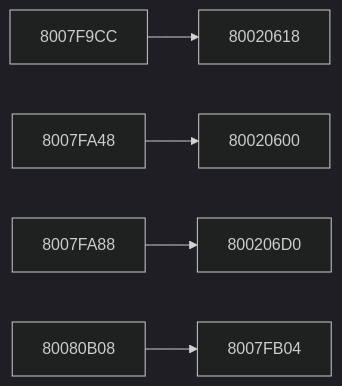
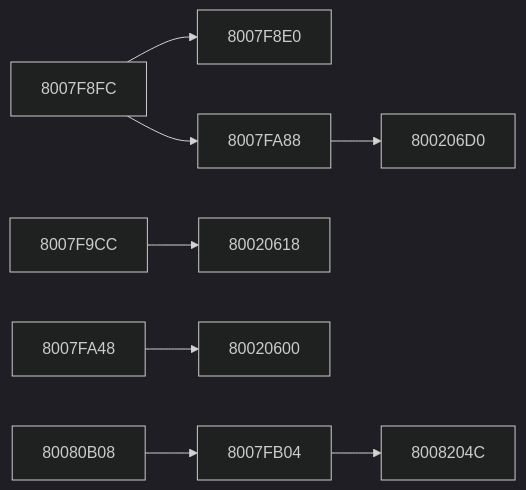
Before and after one commit to kai-luni/Future-Cop-L.A.P.D-PS1: the fourth of 11 diagrams in docs/FUNCTION_MAP.md, drawn with Mermaid (dark theme). The commit also changed other lines of this file, not shown here.

````diff
--- a/docs/FUNCTION_MAP.md
+++ b/docs/FUNCTION_MAP.md
@@ -337,15 +505,21 @@
 ```mermaid
 graph LR
+    f8007f8fc --> f8007f8e0
+    f8007f8fc --> f8007fa88
     f8007f9cc --> f80020618
     f8007fa48 --> f80020600
     f8007fa88 --> f800206d0
+    f8007fb04 --> f8008204c
     f80080b08 --> f8007fb04
     f80020600["80020600"]
     f80020618["80020618"]
     f800206d0["800206D0"]
+    f8007f8e0["8007F8E0"]
+    f8007f8fc["8007F8FC"]
     f8007f9cc["8007F9CC"]
     f8007fa48["8007FA48"]
     f8007fa88["8007FA88"]
     f8007fb04["8007FB04"]
     f80080b08["80080B08"]
+    f8008204c["8008204C"]
 ```
````
